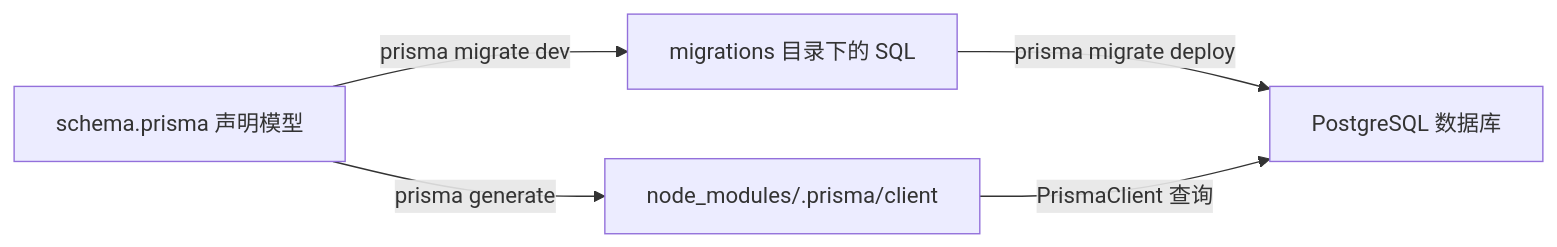
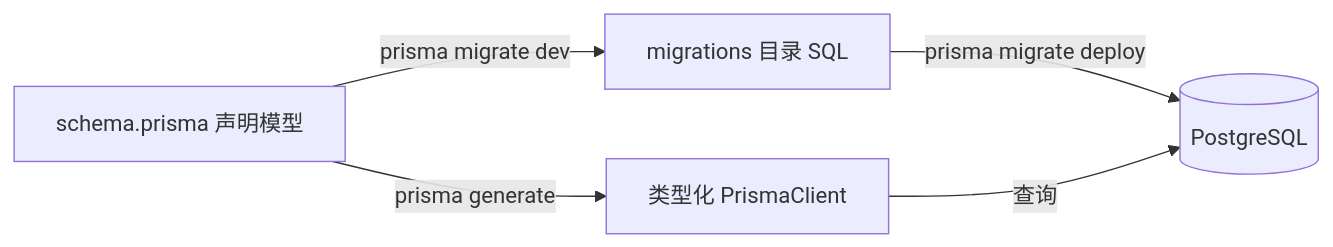
One commit to lfire/AFFiNE changed the second of 6 diagrams in learning-guide/slides/decks/22.md. Above: the diagram before and after it, drawn with Mermaid. The commit also changed other lines of this file and 46 other files, not shown here.

````diff
--- a/learning-guide/slides/decks/22.md
+++ b/learning-guide/slides/decks/22.md
@@ -70,7 +84,7 @@
 ```mermaid
 flowchart LR
-    A["schema.prisma 声明模型"] -->|prisma generate| B["node_modules/.prisma/client"]
-    A -->|prisma migrate dev| C["migrations 目录下的 SQL"]
-    C -->|prisma migrate deploy| D[PostgreSQL 数据库]
-    B -->|PrismaClient 查询| D
+  A["schema.prisma 声明模型"] -->|"prisma generate"| B["类型化 PrismaClient"]
+  A -->|"prisma migrate dev"| C["migrations 目录 SQL"]
+  C -->|"prisma migrate deploy"| D[("PostgreSQL")]
+  B -->|"查询"| D
 ```
````
